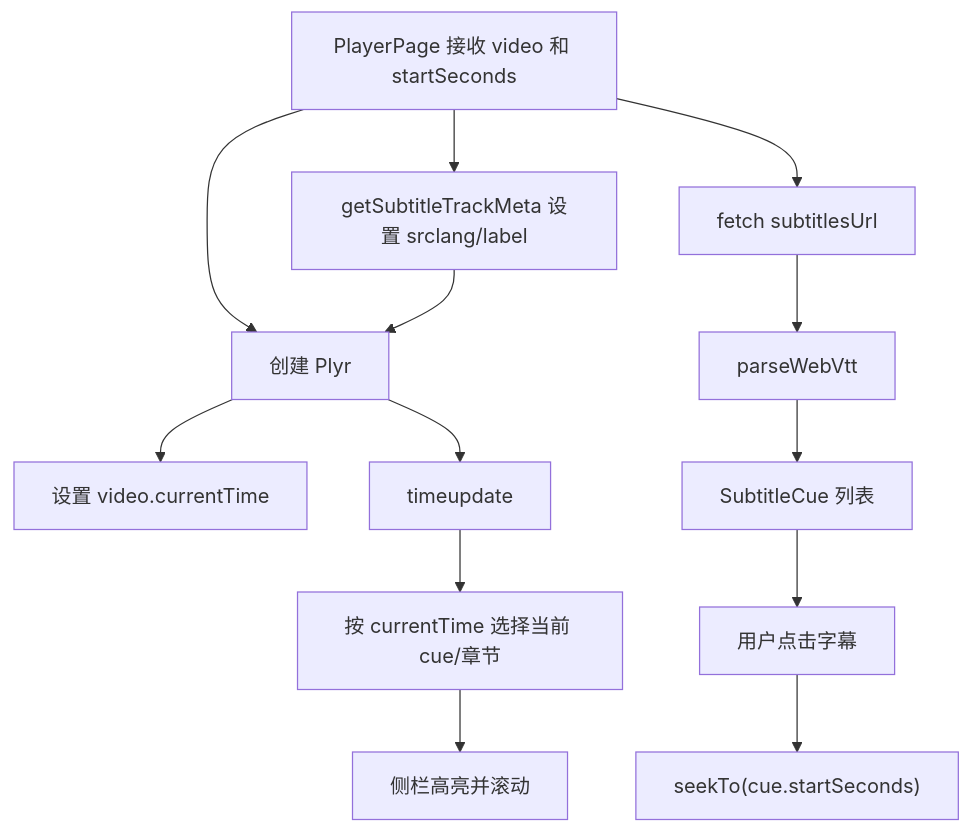
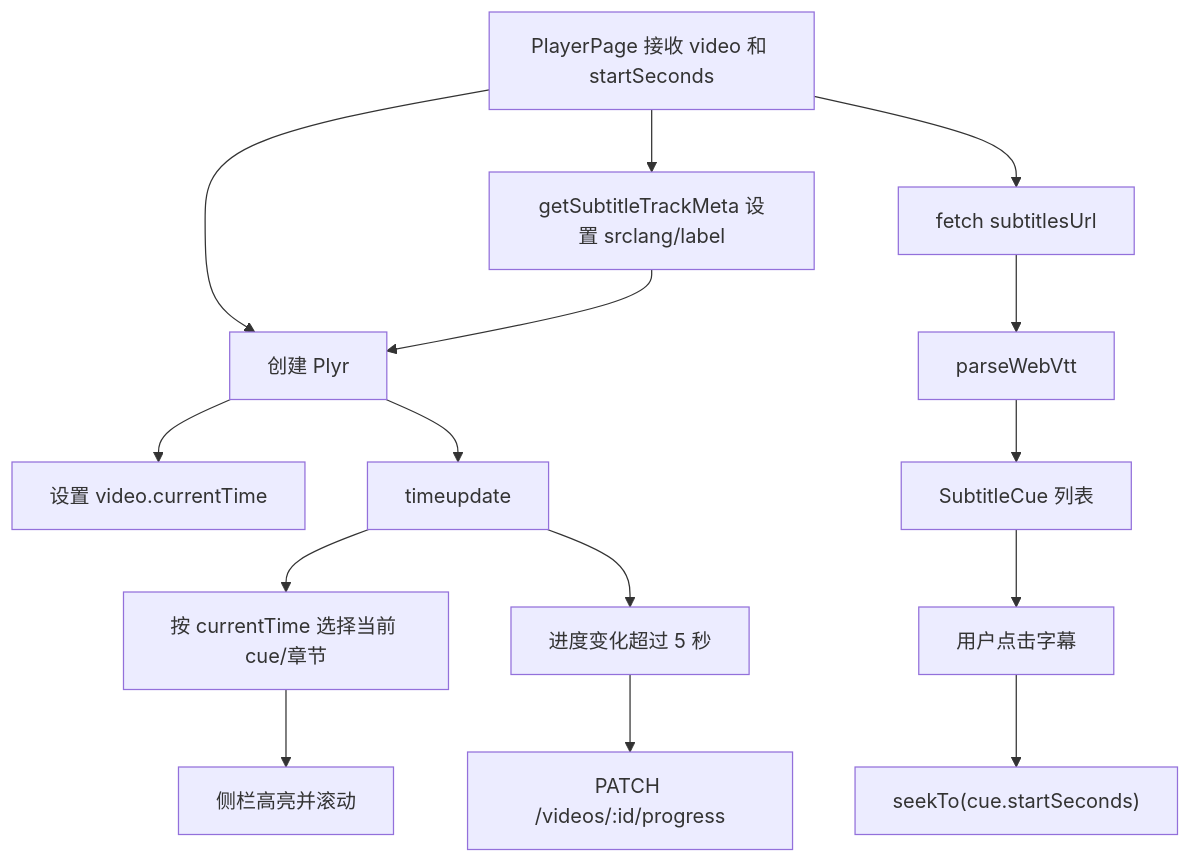
Before and after one commit to qwe605/xunlei_ai_video: the eighth of 20 diagrams in docs/项目说明文档.md, drawn with Mermaid. The commit also changed other lines of this file and 3 other files, not shown here.

````diff
--- a/docs/项目说明文档.md
+++ b/docs/项目说明文档.md
@@ -519,15 +519,17 @@
 ```mermaid
 flowchart TD
     A["PlayerPage 接收 video 和 startSeconds"] --> B["创建 Plyr"]
     B --> C["设置 video.currentTime"]
     A --> D["fetch subtitlesUrl"]
     A --> L["getSubtitleTrackMeta 设置 srclang/label"]
     L --> B
     D --> E["parseWebVtt"]
     E --> F["SubtitleCue 列表"]
     B --> G["timeupdate"]
     G --> H["按 currentTime 选择当前 cue/章节"]
     H --> I["侧栏高亮并滚动"]
     F --> J["用户点击字幕"]
     J --> K["seekTo(cue.startSeconds)"]
+    G --> M["进度变化超过 5 秒"]
+    M --> N["PATCH /videos/:id/progress"]
 ```
````
